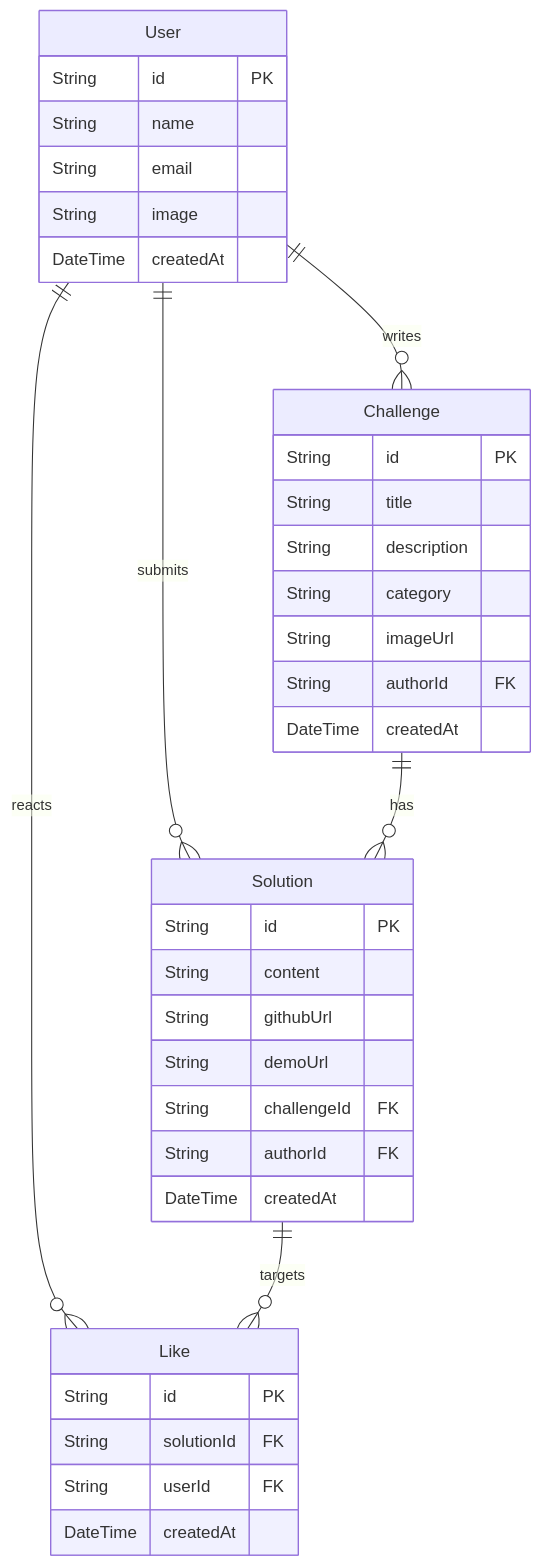
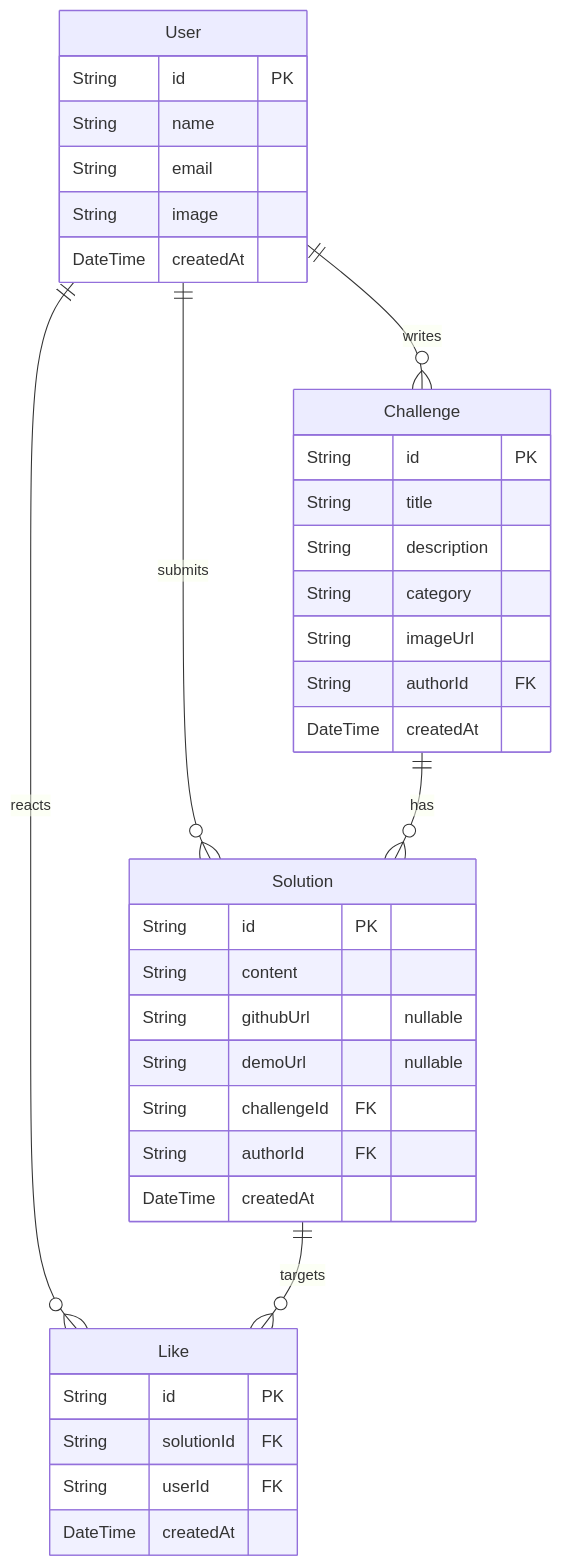
The diagram in docs/기획서.md (tumblecat44/canaithis), drawn with Mermaid before and after one commit. The commit also changed other lines of this file and 21 other files, not shown here.

````diff
--- a/docs/기획서.md
+++ b/docs/기획서.md
@@ -48,13 +48,13 @@
 ```mermaid
 erDiagram
     User ||--o{ Challenge : writes
     User ||--o{ Solution  : submits
     Challenge ||--o{ Solution : has
     User ||--o{ Like : reacts
     Solution ||--o{ Like : targets
 
     User      { String id PK  String name  String email  String image  DateTime createdAt }
     Challenge { String id PK  String title String description String category String imageUrl String authorId FK DateTime createdAt }
-    Solution  { String id PK  String content String githubUrl String demoUrl String challengeId FK String authorId FK DateTime createdAt }
+    Solution  { String id PK  String content String githubUrl "nullable" String demoUrl "nullable" String challengeId FK String authorId FK DateTime createdAt }
     Like      { String id PK  String solutionId FK String userId FK DateTime createdAt }
 ```
````
